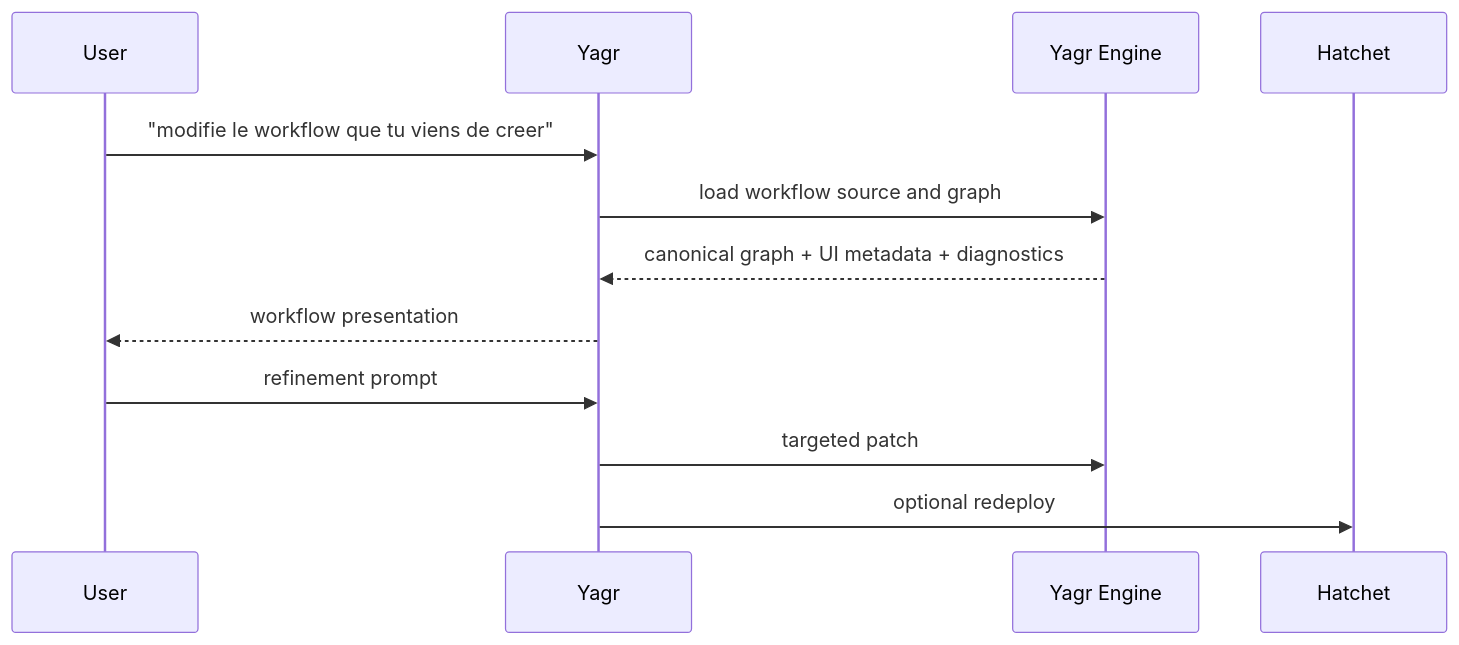
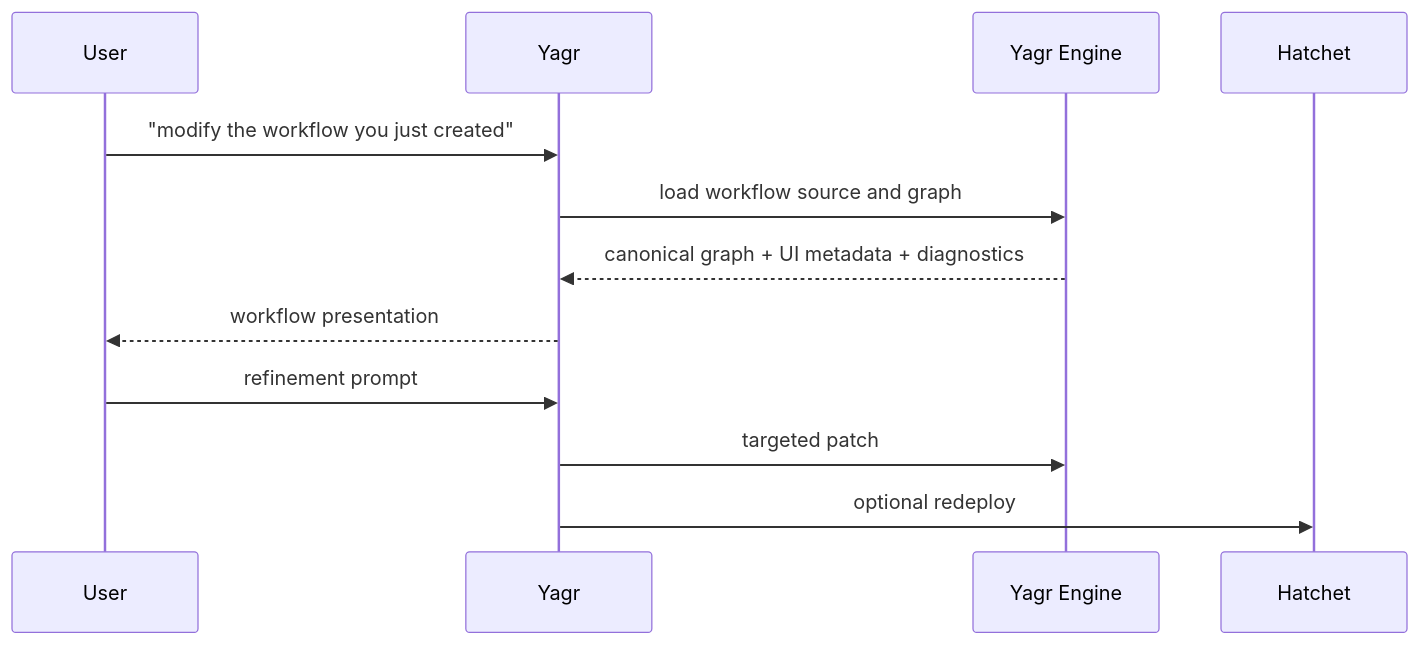
One commit to EtienneLescot/yagr changed the fourth of 5 diagrams in architecture/target/yagr-engine-architecture.md. Above: the diagram before and after it, drawn with Mermaid. The commit also changed other lines of this file and 13 other files, not shown here.

First line of the commit message:
docs: translate architectural documentation to English

````diff
--- a/architecture/target/yagr-engine-architecture.md
+++ b/architecture/target/yagr-engine-architecture.md
@@ -333,15 +333,15 @@
 ```mermaid
 sequenceDiagram
     participant U as User
     participant Y as Yagr
     participant E as Yagr Engine
     participant H as Hatchet
 
-    U->>Y: "modifie le workflow que tu viens de creer"
+    U->>Y: "modify the workflow you just created"
     Y->>E: load workflow source and graph
     E-->>Y: canonical graph + UI metadata + diagnostics
     Y-->>U: workflow presentation
     U->>Y: refinement prompt
     Y->>E: targeted patch
     Y->>H: optional redeploy
 ```
````
